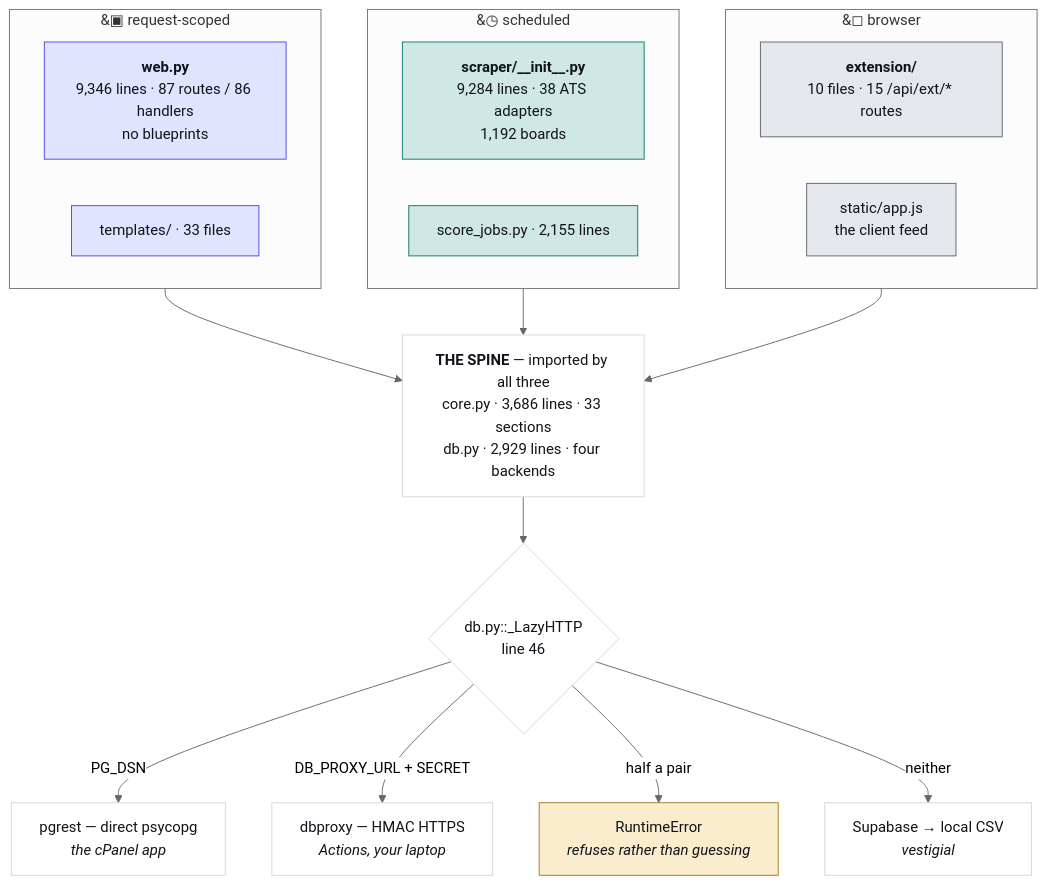
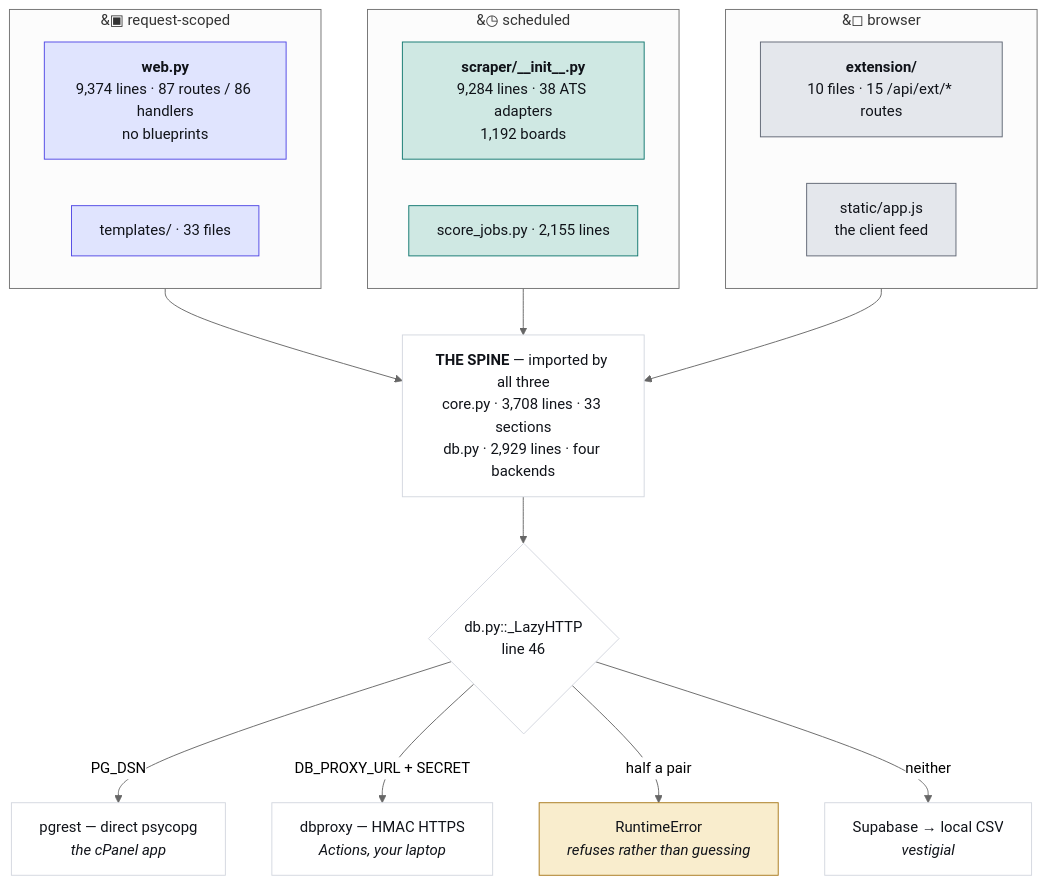
Before and after one commit to hadakunal909-debug/job-search-tool: the first of 4 diagrams in JobMatch Scraper/docs/ARCHITECTURE.md, drawn with Mermaid (neutral theme). The commit also changed other lines of this file and 21 other files, not shown here.

````diff
--- a/JobMatch Scraper/docs/ARCHITECTURE.md
+++ b/JobMatch Scraper/docs/ARCHITECTURE.md
@@ -45,34 +45,34 @@
 ```mermaid
 flowchart TB
   subgraph REQ["&#9635; request-scoped"]
-    W["<b>web.py</b><br/>9,346 lines · 87 routes / 86 handlers<br/>no blueprints"]
+    W["<b>web.py</b><br/>9,374 lines · 87 routes / 86 handlers<br/>no blueprints"]
     T["templates/ · 33 files"]
   end
   subgraph SCH["&#9719; scheduled"]
     S["<b>scraper/__init__.py</b><br/>9,284 lines · 38 ATS adapters<br/>1,192 boards"]
     J["score_jobs.py · 2,155 lines"]
   end
   subgraph CLI["&#9723; browser"]
     E["<b>extension/</b><br/>10 files · 15 /api/ext/* routes"]
     A["static/app.js<br/>the client feed"]
   end
-  SPINE["<b>THE SPINE</b> — imported by all three<br/>core.py · 3,686 lines · 33 sections<br/>db.py · 2,929 lines · four backends"]
+  SPINE["<b>THE SPINE</b> — imported by all three<br/>core.py · 3,708 lines · 33 sections<br/>db.py · 2,929 lines · four backends"]
   REQ --> SPINE
   SCH --> SPINE
   CLI --> SPINE
   SPINE --> D{"db.py::_LazyHTTP<br/>line 46"}
   D -->|"PG_DSN"| P["pgrest — direct psycopg<br/><i>the cPanel app</i>"]
   D -->|"DB_PROXY_URL + SECRET"| X["dbproxy — HMAC HTTPS<br/><i>Actions, your laptop</i>"]
   D -->|"half a pair"| R["RuntimeError<br/><i>refuses rather than guessing</i>"]
   D -->|"neither"| V["Supabase → local CSV<br/><i>vestigial</i>"]
   classDef web fill:#e0e4fe,stroke:#4f46e5,color:#101319
   classDef sched fill:#cfe8e3,stroke:#0f766e,color:#101319
   classDef client fill:#e4e7ec,stroke:#5f6573,color:#101319
   classDef trap fill:#f9edcd,stroke:#a8781a,color:#101319
   classDef plain fill:#ffffff,stroke:#d3d7df,color:#101319
   class W,T web
   class S,J sched
   class E,A client
   class R trap
   class SPINE,D,P,X,V plain
 ```
````
